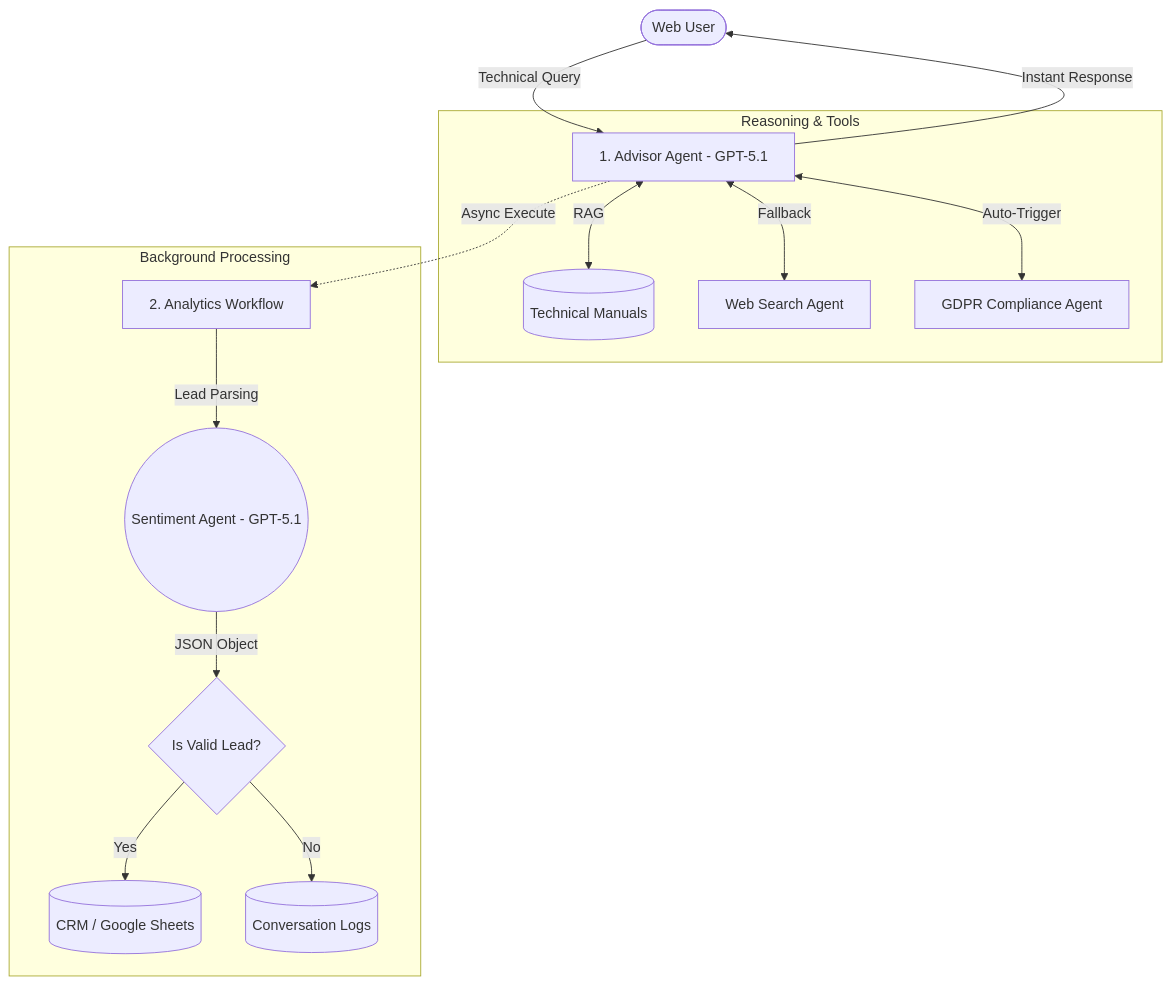
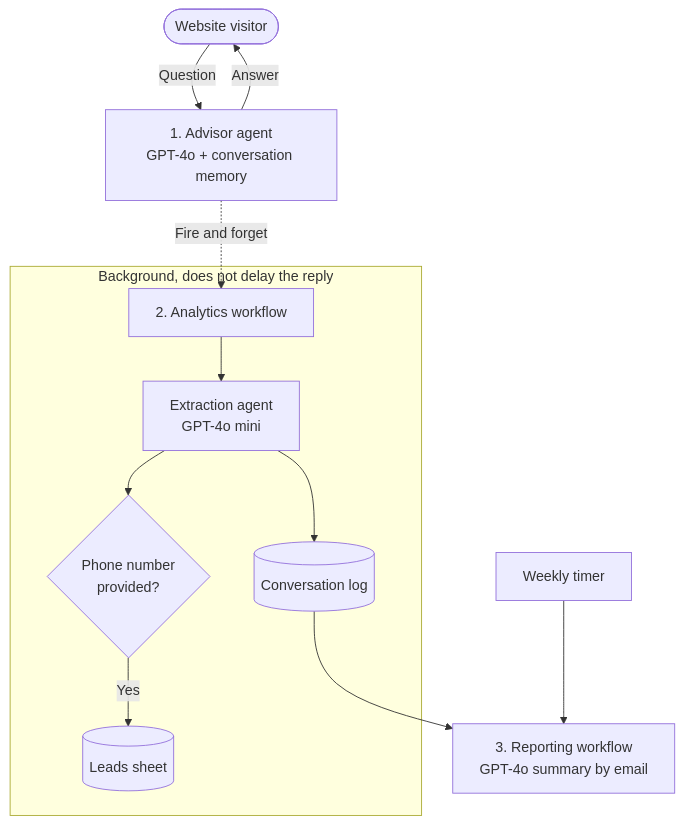
The diagram in README.md (tparzonka/expert-ai-sales-advisor-system), drawn with Mermaid before and after one commit. The commit also changed other lines of this file, not shown here.

````diff
--- a/README.md
+++ b/README.md
@@ -39,22 +22,16 @@
 ```mermaid
 graph TD
-    User([Web User]) -->|Technical Query| Frontend[1. Advisor Agent - GPT-5.1]
-    
-    subgraph "Reasoning & Tools"
-    Frontend <-->|RAG| VectorDB[(Technical Manuals)]
-    Frontend <-->|Fallback| WebSearch[Web Search Agent]
-    Frontend <-->|Auto-Trigger| GDPR[GDPR Compliance Agent]
+    User([Website visitor]) -->|Question| Advisor[1. Advisor agent<br/>GPT-4o + conversation memory]
+    Advisor -->|Answer| User
+    Advisor -.->|Fire and forget| Backend[2. Analytics workflow]
+
+    subgraph "Background, does not delay the reply"
+    Backend --> Extract[Extraction agent<br/>GPT-4o mini]
+    Extract --> Check{Phone number<br/>provided?}
+    Check -->|Yes| Leads[(Leads sheet)]
+    Extract --> Log[(Conversation log)]
     end
 
-    Frontend -->|Instant Response| User
-    
-    %% Async Trigger
-    Frontend -.->|Async Execute| Backend[2. Analytics Workflow]
-    
-    subgraph "Background Processing"
-    Backend -->|Lead Parsing| LeadAgent((Sentiment Agent - GPT-5.1))
-    LeadAgent -->|JSON Object| Qualifier{Is Valid Lead?}
-    Qualifier -->|Yes| CRM[(CRM / Google Sheets)]
-    Qualifier -->|No| Logs[(Conversation Logs)]
-    end
+    Timer[Weekly timer] --> Report[3. Reporting workflow<br/>GPT-4o summary by email]
+    Log --> Report
 ```
````
